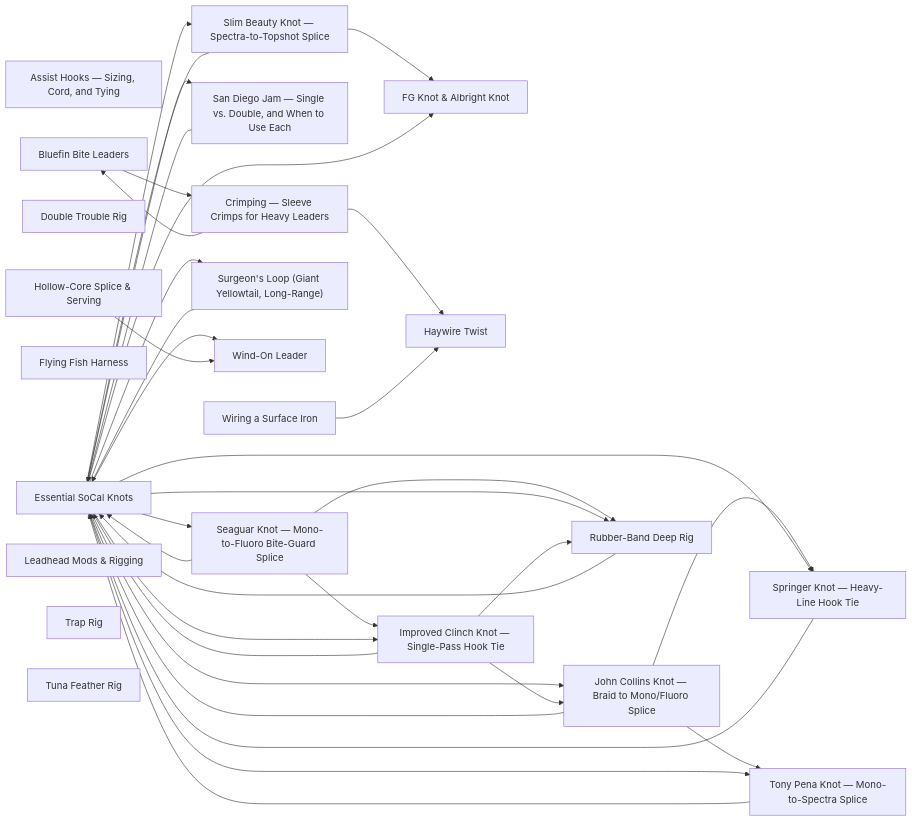
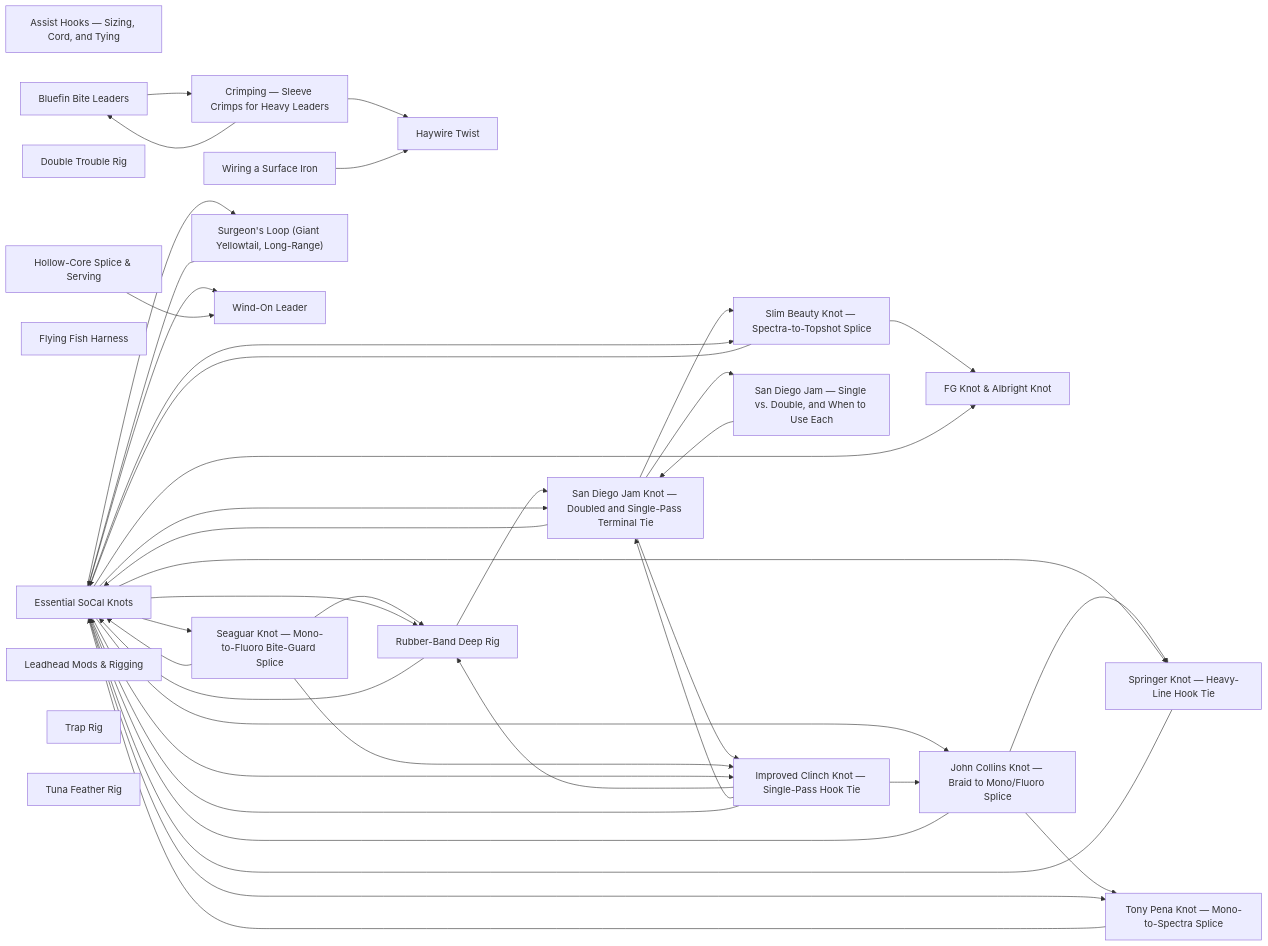
Before and after one commit to camchuckpete-max/Socal-Fishing-Knowledge: the diagram in rigging/README.md, drawn with Mermaid. The commit also changed other lines of this file and 13 other files, not shown here.

````diff
--- a/rigging/README.md
+++ b/rigging/README.md
@@ -36,58 +37,65 @@
 ```mermaid
 graph LR
   n0["Assist Hooks — Sizing, Cord, and Tying"]
   n1["Bluefin Bite Leaders"]
   n2["Crimping — Sleeve Crimps for Heavy Leaders"]
   n3["Double Trouble Rig"]
   n4["Essential SoCal Knots"]
   n5["FG Knot & Albright Knot"]
   n6["Flying Fish Harness"]
   n7["Haywire Twist"]
   n8["Hollow-Core Splice & Serving"]
   n9["Improved Clinch Knot — Single-Pass Hook Tie"]
   n10["John Collins Knot — Braid to Mono/Fluoro Splice"]
   n11["Leadhead Mods & Rigging"]
   n12["Rubber-Band Deep Rig"]
-  n13["San Diego Jam — Single vs. Double, and When to Use Each"]
-  n14["Seaguar Knot — Mono-to-Fluoro Bite-Guard Splice"]
-  n15["Slim Beauty Knot — Spectra-to-Topshot Splice"]
-  n16["Springer Knot — Heavy-Line Hook Tie"]
-  n17["Surgeon's Loop (Giant Yellowtail, Long-Range)"]
-  n18["Tony Pena Knot — Mono-to-Spectra Splice"]
-  n19["Trap Rig"]
-  n20["Tuna Feather Rig"]
-  n21["Wind-On Leader"]
-  n22["Wiring a Surface Iron"]
+  n13["San Diego Jam Knot — Doubled and Single-Pass Terminal Tie"]
+  n14["San Diego Jam — Single vs. Double, and When to Use Each"]
+  n15["Seaguar Knot — Mono-to-Fluoro Bite-Guard Splice"]
+  n16["Slim Beauty Knot — Spectra-to-Topshot Splice"]
+  n17["Springer Knot — Heavy-Line Hook Tie"]
+  n18["Surgeon's Loop (Giant Yellowtail, Long-Range)"]
+  n19["Tony Pena Knot — Mono-to-Spectra Splice"]
+  n20["Trap Rig"]
+  n21["Tuna Feather Rig"]
+  n22["Wind-On Leader"]
+  n23["Wiring a Surface Iron"]
   n1 --> n2
-  n10 --> n16
-  n10 --> n18
+  n10 --> n17
+  n10 --> n19
   n10 --> n4
+  n12 --> n13
   n12 --> n4
+  n13 --> n14
+  n13 --> n16
   n13 --> n4
-  n14 --> n12
-  n14 --> n4
-  n14 --> n9
+  n13 --> n9
+  n14 --> n13
+  n15 --> n12
   n15 --> n4
-  n15 --> n5
+  n15 --> n9
   n16 --> n4
+  n16 --> n5
   n17 --> n4
   n18 --> n4
+  n19 --> n4
   n2 --> n1
   n2 --> n7
-  n22 --> n7
+  n23 --> n7
   n4 --> n10
   n4 --> n12
   n4 --> n13
-  n4 --> n14
   n4 --> n15
   n4 --> n16
   n4 --> n17
   n4 --> n18
-  n4 --> n21
+  n4 --> n19
+  n4 --> n22
   n4 --> n5
   n4 --> n9
-  n8 --> n21
+  n8 --> n22
   n9 --> n10
   n9 --> n12
+  n9 --> n13
   n9 --> n4
 ```
````
